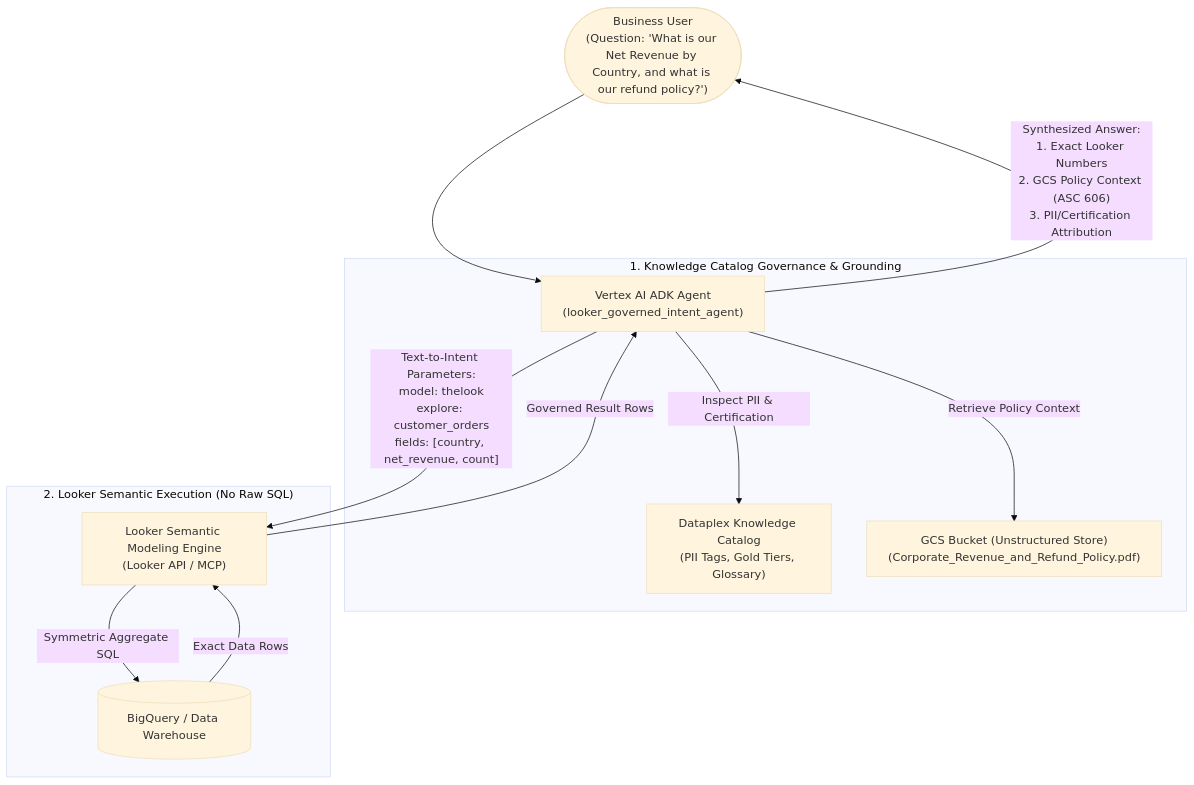
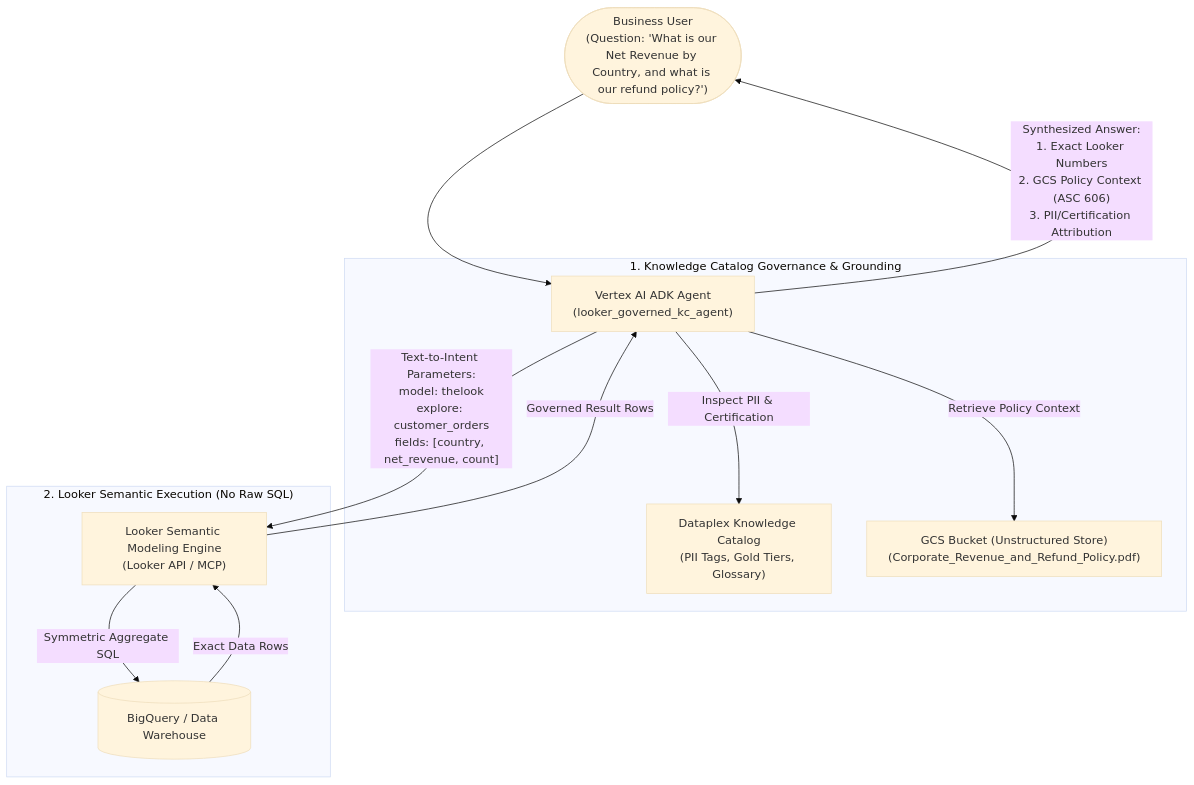
Before and after one commit to haengeunc/kc-looker-codelab: the diagram in patterns/3-kc-looker-intent/README.md, drawn with Mermaid (base theme). The commit also changed other lines of this file and 41 other files, not shown here.

Commit message:
Rename agents: baseline_bq_only_agent, kc_analyst_agent, looker_governed_kc_agent

````diff
--- a/patterns/3-kc-looker-intent/README.md
+++ b/patterns/3-kc-looker-intent/README.md
@@ -20,18 +20,18 @@
 ```mermaid
 flowchart TD
-    User(["Business User\n(Question: 'What is our Net Revenue by Country, and what is our refund policy?')"]) --> Agent["Vertex AI ADK Agent\n(looker_governed_intent_agent)"]
+    User(["Business User\n(Question: 'What is our Net Revenue by Country, and what is our refund policy?')"]) --> Agent["Vertex AI ADK Agent\n(looker_governed_kc_agent)"]
 
     subgraph Governance ["1. Knowledge Catalog Governance & Grounding"]
         Agent -->|"Inspect PII & Certification"| KC["Dataplex Knowledge Catalog\n(PII Tags, Gold Tiers, Glossary)"]
         Agent -->|"Retrieve Policy Context"| GCS["GCS Bucket (Unstructured Store)\n(Corporate_Revenue_and_Refund_Policy.pdf)"]
     end
 
     subgraph Semantic_Engine ["2. Looker Semantic Execution (No Raw SQL)"]
         Agent -->|"Text-to-Intent Parameters:\nmodel: thelook\nexplore: customer_orders\nfields: [country, net_revenue, count]"| Looker["Looker Semantic Modeling Engine\n(Looker API / MCP)"]
         Looker -->|"Symmetric Aggregate SQL"| BQ[("BigQuery / Data Warehouse")]
         BQ -->|"Exact Data Rows"| Looker
         Looker -->|"Governed Result Rows"| Agent
     end
 
     Agent -->|"Synthesized Answer:\n1. Exact Looker Numbers\n2. GCS Policy Context (ASC 606)\n3. PII/Certification Attribution"| User
 ```
````
